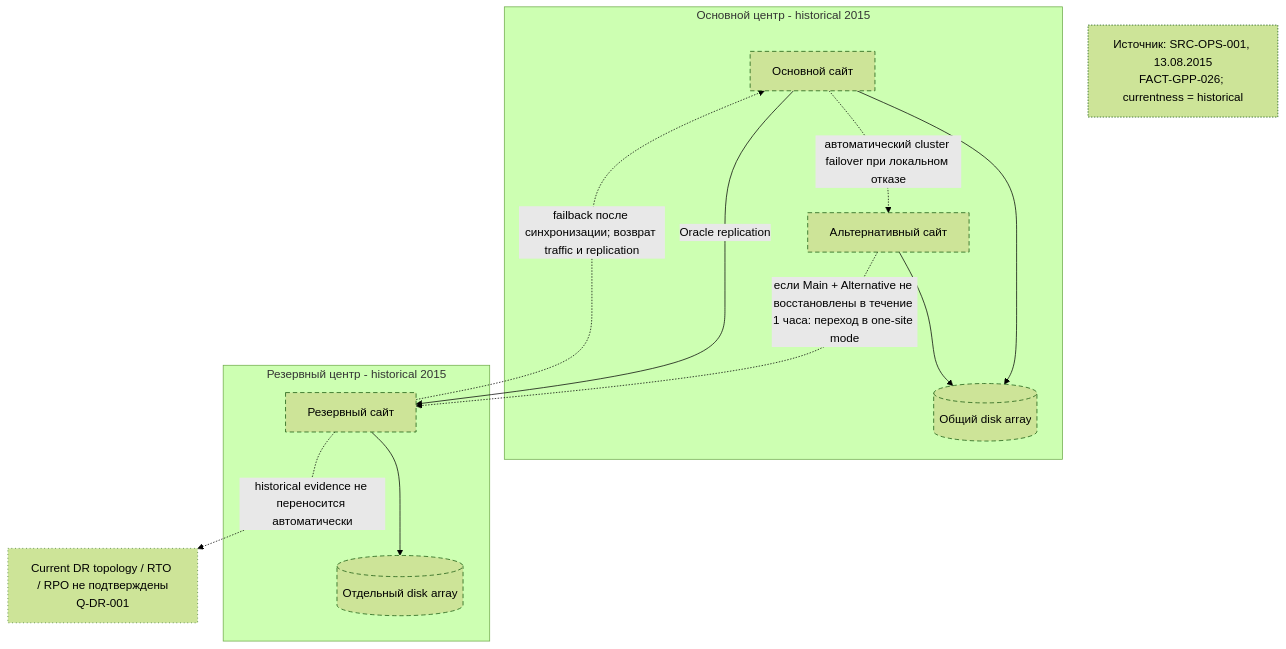
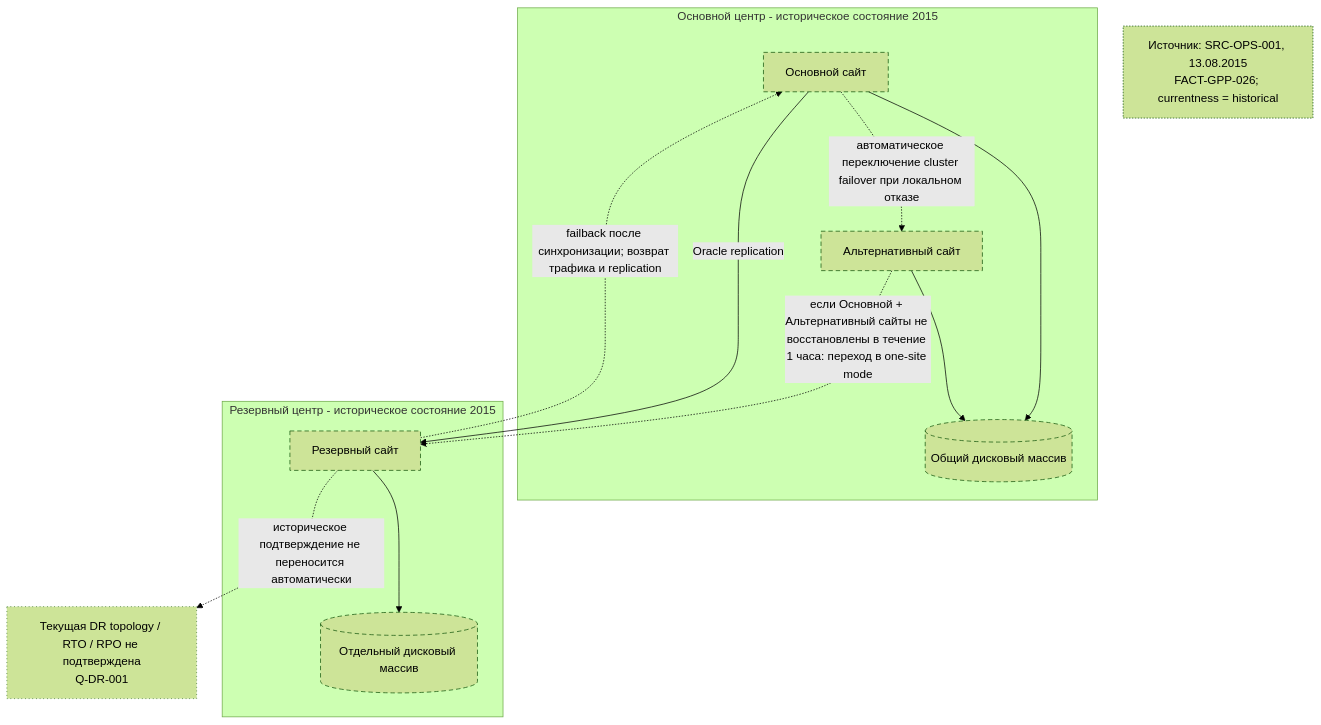
One commit to valentin-korneev/gpp-assessment changed the diagram in 02-as-is/diagrams/historical-dr-topology-2015.mmd. Above: the diagram before and after it, drawn with Mermaid (forest theme). The commit also changed 36 other files, not shown here.

```diff
--- a/02-as-is/diagrams/historical-dr-topology-2015.mmd
+++ b/02-as-is/diagrams/historical-dr-topology-2015.mmd
@@ -1,28 +1,28 @@
 flowchart TB
-    subgraph MAIN_CENTER["Основной центр - historical 2015"]
+    subgraph MAIN_CENTER["Основной центр - историческое состояние 2015"]
         MAIN["Основной сайт"]:::historical
         ALT["Альтернативный сайт"]:::historical
-        SHARED[("Общий disk array")]:::historical
+        SHARED[("Общий дисковый массив")]:::historical
         MAIN --> SHARED
         ALT --> SHARED
-        MAIN -. "автоматический cluster failover при локальном отказе" .-> ALT
+        MAIN -. "автоматическое переключение cluster failover при локальном отказе" .-> ALT
     end
 
-    subgraph BACKUP_CENTER["Резервный центр - historical 2015"]
+    subgraph BACKUP_CENTER["Резервный центр - историческое состояние 2015"]
         DR["Резервный сайт"]:::historical
-        DRDISK[("Отдельный disk array")]:::historical
+        DRDISK[("Отдельный дисковый массив")]:::historical
         DR --> DRDISK
     end
 
     MAIN -->|"Oracle replication"| DR
-    ALT -. "если Main + Alternative не восстановлены в течение 1 часа: переход в one-site mode" .-> DR
-    DR -. "failback после синхронизации; возврат traffic и replication" .-> MAIN
+    ALT -. "если Основной + Альтернативный сайты не восстановлены в течение 1 часа: переход в one-site mode" .-> DR
+    DR -. "failback после синхронизации; возврат трафика и replication" .-> MAIN
 
-    CUR["Current DR topology / RTO / RPO не подтверждены\nQ-DR-001"]:::unknown
-    DR -. "historical evidence не переносится автоматически" .-> CUR
+    CUR["Текущая DR topology / RTO / RPO не подтверждена\nQ-DR-001"]:::unknown
+    DR -. "историческое подтверждение не переносится автоматически" .-> CUR
 
     LEG["Источник: SRC-OPS-001, 13.08.2015\nFACT-GPP-026; currentness = historical"]:::legend
 
     classDef historical stroke-dasharray:6 4;
     classDef unknown stroke-dasharray:1 4;
     classDef legend stroke-dasharray:2 2;
```
